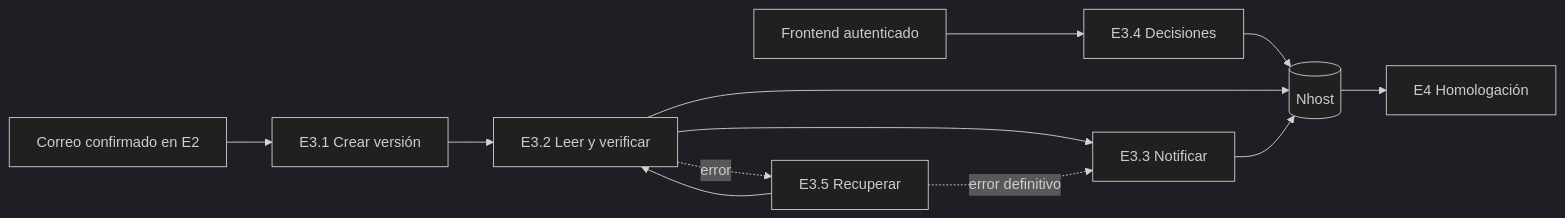
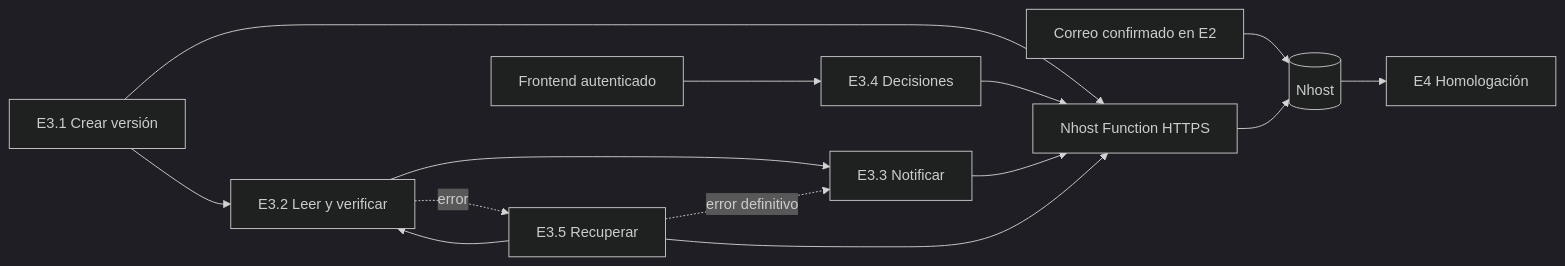
The diagram in docs/etapa3/REGLAS.md (DanteRojas-stpy/proyecto-compartido), drawn with Mermaid (dark theme) before and after one commit. The commit also changed other lines of this file and 10 other files, not shown here.

Commit message:
Conecta E3 a Nhost mediante Function HTTPS

````diff
--- a/docs/etapa3/REGLAS.md
+++ b/docs/etapa3/REGLAS.md
@@ -751,15 +756,17 @@
 ```mermaid
 flowchart LR
-    E2[Correo confirmado en E2] --> E31[E3.1 Crear versión]
+    E2[Correo confirmado en E2] --> NH[(Nhost)]
+    E31[E3.1 Crear versión] --> F[Nhost Function HTTPS]
     E31 --> E32[E3.2 Leer y verificar]
     E32 --> E33[E3.3 Notificar]
     E32 -. error .-> E35[E3.5 Recuperar]
     E35 --> E32
     E35 -. error definitivo .-> E33
 
     UI[Frontend autenticado] --> E34[E3.4 Decisiones]
-    E34 --> NH[(Nhost)]
-    E32 --> NH
-    E33 --> NH
+    E34 --> F
+    E33 --> F
+    E35 --> F
+    F --> NH[(Nhost)]
     NH --> E4[E4 Homologación]
 ```
````
